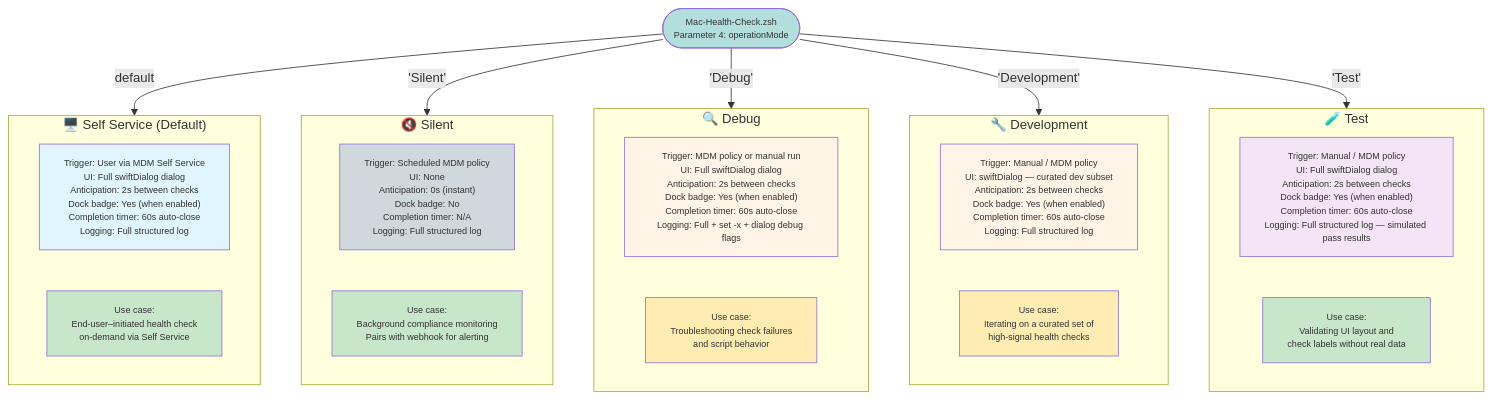
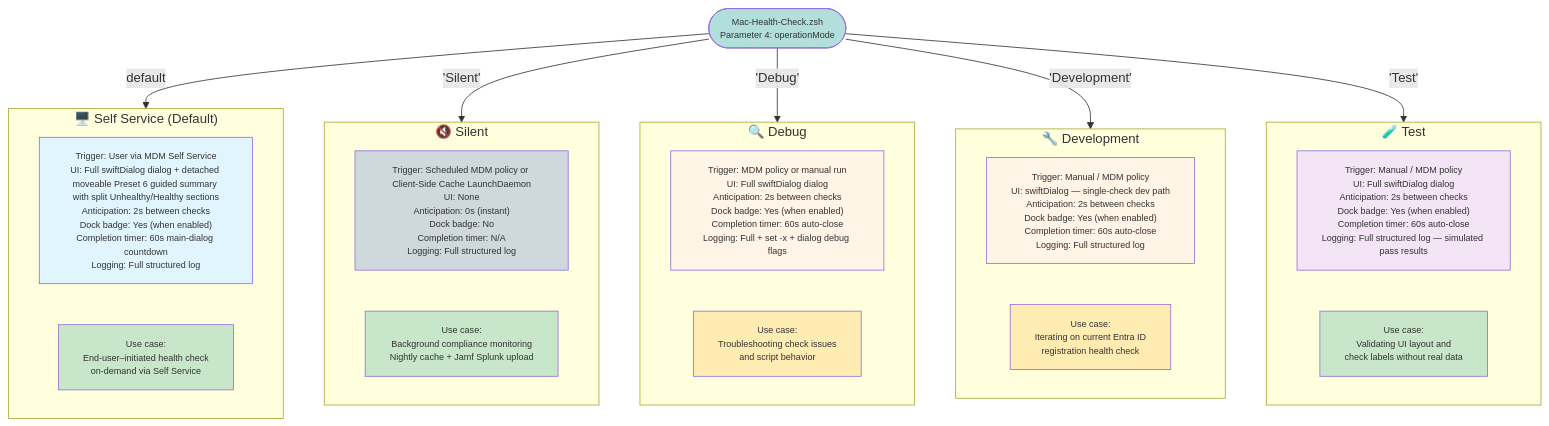
The diagram in Diagrams/05-operation-modes.md (dan-snelson/Mac-Health-Check), drawn with Mermaid before and after one commit. The commit also changed other lines of this file and 56 other files, not shown here.

````diff
--- a/Diagrams/05-operation-modes.md
+++ b/Diagrams/05-operation-modes.md
@@ -5,54 +5,54 @@
 ```mermaid
 graph TB
     ENTRY(["Mac-Health-Check.zsh<br>Parameter 4: operationMode"])
 
     subgraph SelfService["🖥️ Self Service (Default)"]
-        SS_DESC["Trigger: User via MDM Self Service<br>UI: Full swiftDialog dialog<br>Anticipation: 2s between checks<br>Dock badge: Yes (when enabled)<br>Completion timer: 60s auto-close<br>Logging: Full structured log"]
+        SS_DESC["Trigger: User via MDM Self Service<br>UI: Full swiftDialog dialog + detached moveable Preset 6 guided summary with split Unhealthy/Healthy sections<br>Anticipation: 2s between checks<br>Dock badge: Yes (when enabled)<br>Completion timer: 60s main-dialog countdown<br>Logging: Full structured log"]
         SS_USE["Use case:<br>End-user–initiated health check<br>on-demand via Self Service"]
 
         style SS_DESC fill:#e1f5ff
         style SS_USE fill:#c8e6c9
     end
 
     subgraph Silent["🔇 Silent"]
-        SL_DESC["Trigger: Scheduled MDM policy<br>UI: None<br>Anticipation: 0s (instant)<br>Dock badge: No<br>Completion timer: N/A<br>Logging: Full structured log"]
-        SL_USE["Use case:<br>Background compliance monitoring<br>Pairs with webhook for alerting"]
+        SL_DESC["Trigger: Scheduled MDM policy or Client-Side Cache LaunchDaemon<br>UI: None<br>Anticipation: 0s (instant)<br>Dock badge: No<br>Completion timer: N/A<br>Logging: Full structured log"]
+        SL_USE["Use case:<br>Background compliance monitoring<br>Nightly cache + Jamf Splunk upload"]
 
         style SL_DESC fill:#cfd8dc
         style SL_USE fill:#c8e6c9
     end
 
     subgraph Debug["🔍 Debug"]
         DB_DESC["Trigger: MDM policy or manual run<br>UI: Full swiftDialog dialog<br>Anticipation: 2s between checks<br>Dock badge: Yes (when enabled)<br>Completion timer: 60s auto-close<br>Logging: Full + set -x + dialog debug flags"]
-        DB_USE["Use case:<br>Troubleshooting check failures<br>and script behavior"]
+        DB_USE["Use case:<br>Troubleshooting check issues<br>and script behavior"]
 
         style DB_DESC fill:#fff4e6
         style DB_USE fill:#ffecb3
     end
 
     subgraph Development["🔧 Development"]
-        DV_DESC["Trigger: Manual / MDM policy<br>UI: swiftDialog — curated dev subset<br>Anticipation: 2s between checks<br>Dock badge: Yes (when enabled)<br>Completion timer: 60s auto-close<br>Logging: Full structured log"]
-        DV_USE["Use case:<br>Iterating on a curated set of<br>high-signal health checks"]
+        DV_DESC["Trigger: Manual / MDM policy<br>UI: swiftDialog — single-check dev path<br>Anticipation: 2s between checks<br>Dock badge: Yes (when enabled)<br>Completion timer: 60s auto-close<br>Logging: Full structured log"]
+        DV_USE["Use case:<br>Iterating on current Entra ID<br>registration health check"]
 
         style DV_DESC fill:#fff4e6
         style DV_USE fill:#ffecb3
     end
 
     subgraph Test["🧪 Test"]
         TS_DESC["Trigger: Manual / MDM policy<br>UI: Full swiftDialog dialog<br>Anticipation: 2s between checks<br>Dock badge: Yes (when enabled)<br>Completion timer: 60s auto-close<br>Logging: Full structured log — simulated pass results"]
         TS_USE["Use case:<br>Validating UI layout and<br>check labels without real data"]
 
         style TS_DESC fill:#f3e5f5
         style TS_USE fill:#c8e6c9
     end
 
     ENTRY -->|default| SelfService
     ENTRY -->|"'Silent'"| Silent
     ENTRY -->|"'Debug'"| Debug
     ENTRY -->|"'Development'"| Development
     ENTRY -->|"'Test'"| Test
 
     style ENTRY fill:#b2dfdb
 
     classDef default font-size:11px
 ```
````
